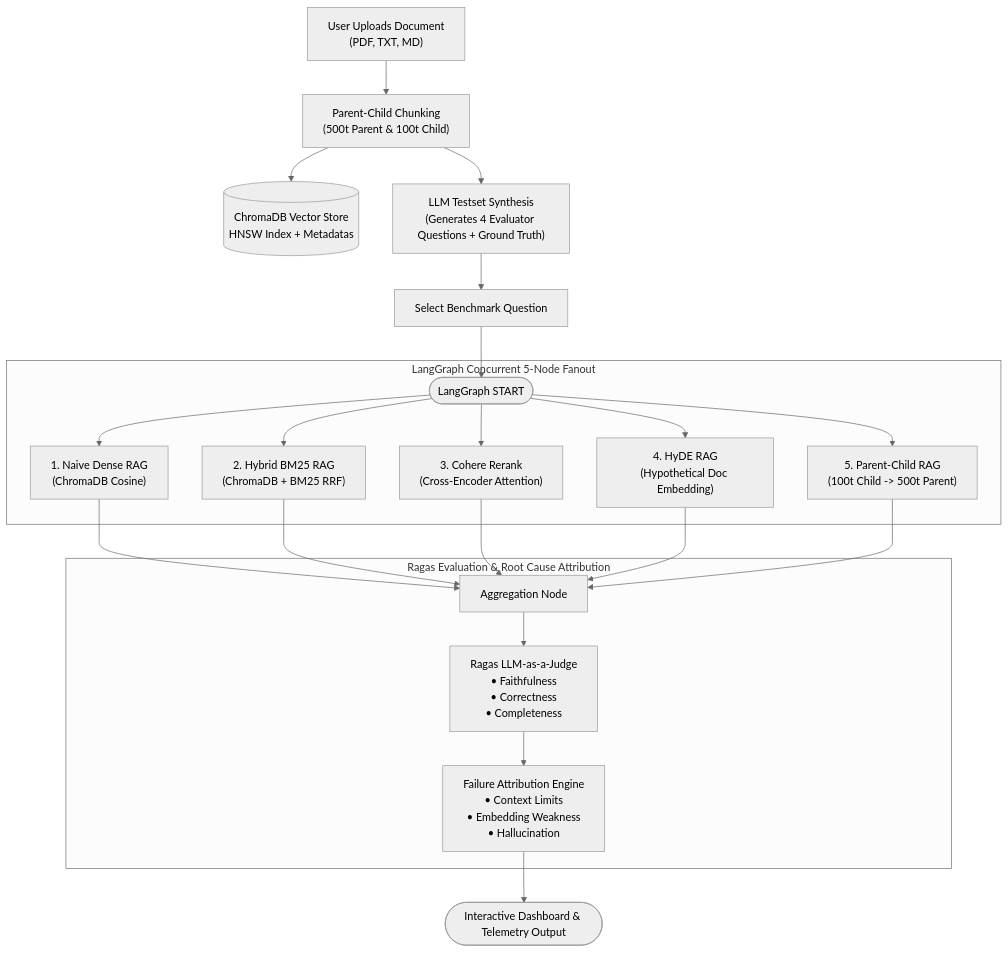
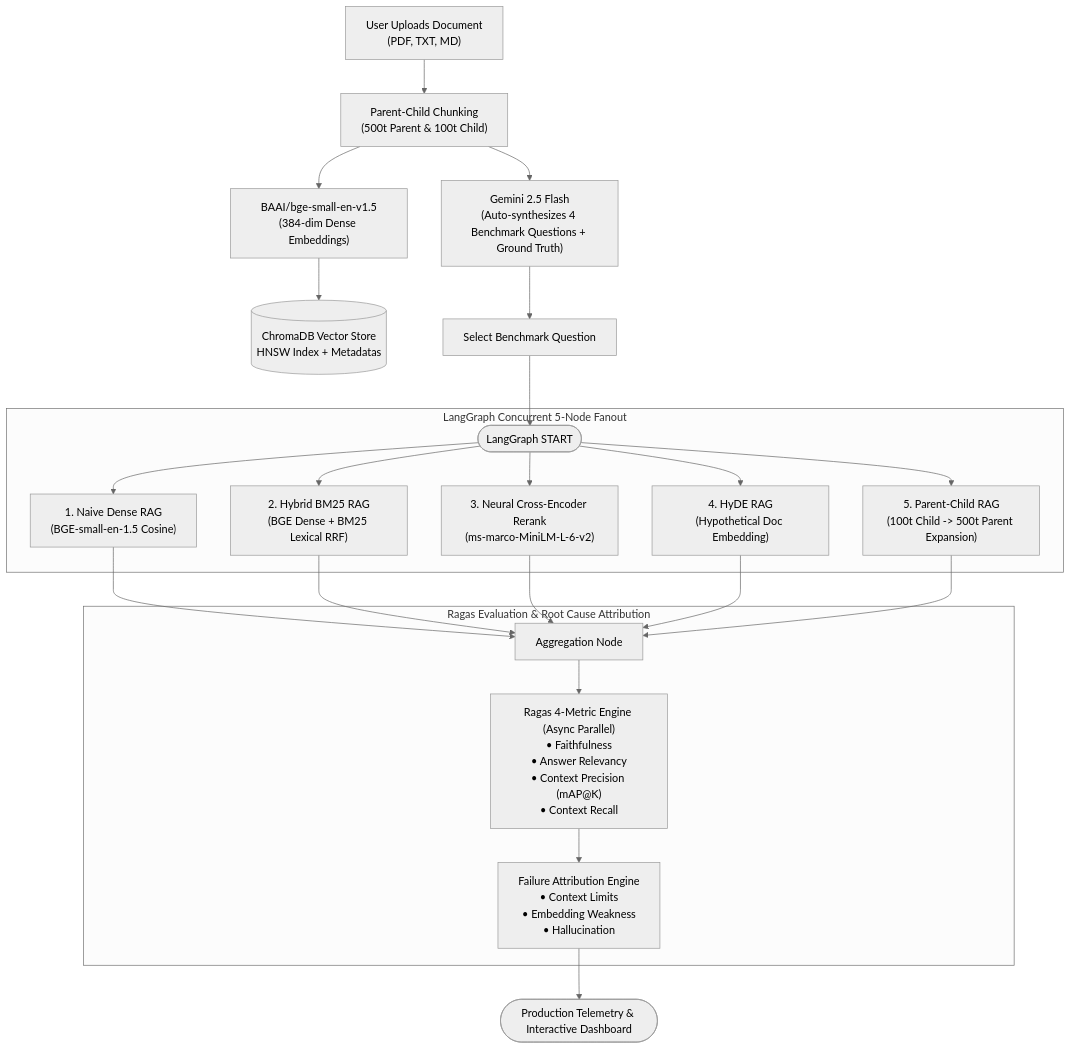
Before and after one commit to Japnitsingh123/RAGLens: the diagram in README.md, drawn with Mermaid (neutral theme). The commit also changed other lines of this file, not shown here.

Commit message:
docs: update README with BGE-small-en-1.5, Neural Cross-Encoder, and Ragas 4-metric details

````diff
--- a/README.md
+++ b/README.md
@@ -33,30 +37,31 @@
 ```mermaid
 flowchart TD
     DOC["User Uploads Document\n(PDF, TXT, MD)"] --> CHUNK["Parent-Child Chunking\n(500t Parent & 100t Child)"]
-    CHUNK --> CHROMA[("ChromaDB Vector Store\nHNSW Index + Metadatas")]
-    CHUNK --> LLM_GEN["LLM Testset Synthesis\n(Generates 4 Evaluator Questions + Ground Truth)"]
+    CHUNK --> BGE["BAAI/bge-small-en-v1.5\n(384-dim Dense Embeddings)"]
+    BGE --> CHROMA[("ChromaDB Vector Store\nHNSW Index + Metadatas")]
+    CHUNK --> GEMINI["Gemini 2.5 Flash\n(Auto-synthesizes 4 Benchmark Questions + Ground Truth)"]
     
-    LLM_GEN --> Q["Select Benchmark Question"]
+    GEMINI --> Q["Select Benchmark Question"]
     Q --> START(["LangGraph START"])
     
     subgraph ParallelFanout ["LangGraph Concurrent 5-Node Fanout"]
-        START --> N1["1. Naive Dense RAG\n(ChromaDB Cosine)"]
-        START --> N2["2. Hybrid BM25 RAG\n(ChromaDB + BM25 RRF)"]
-        START --> N3["3. Cohere Rerank\n(Cross-Encoder Attention)"]
+        START --> N1["1. Naive Dense RAG\n(BGE-small-en-1.5 Cosine)"]
+        START --> N2["2. Hybrid BM25 RAG\n(BGE Dense + BM25 Lexical RRF)"]
+        START --> N3["3. Neural Cross-Encoder Rerank\n(ms-marco-MiniLM-L-6-v2)"]
         START --> N4["4. HyDE RAG\n(Hypothetical Doc Embedding)"]
-        START --> N5["5. Parent-Child RAG\n(100t Child -> 500t Parent)"]
+        START --> N5["5. Parent-Child RAG\n(100t Child -> 500t Parent Expansion)"]
     end
 
     N1 --> AGG["Aggregation Node"]
     N2 --> AGG
     N3 --> AGG
     N4 --> AGG
     N5 --> AGG
 
     subgraph EvaluationAttribution ["Ragas Evaluation & Root Cause Attribution"]
-        AGG --> RAGAS["Ragas LLM-as-a-Judge\n• Faithfulness\n• Correctness\n• Completeness"]
+        AGG --> RAGAS["Ragas 4-Metric Engine (Async Parallel)\n• Faithfulness\n• Answer Relevancy\n• Context Precision (mAP@K)\n• Context Recall"]
         RAGAS --> DIAG["Failure Attribution Engine\n• Context Limits\n• Embedding Weakness\n• Hallucination"]
     end
 
-    DIAG --> END(["Interactive Dashboard & Telemetry Output"])
+    DIAG --> END(["Production Telemetry & Interactive Dashboard"])
 ```
````
